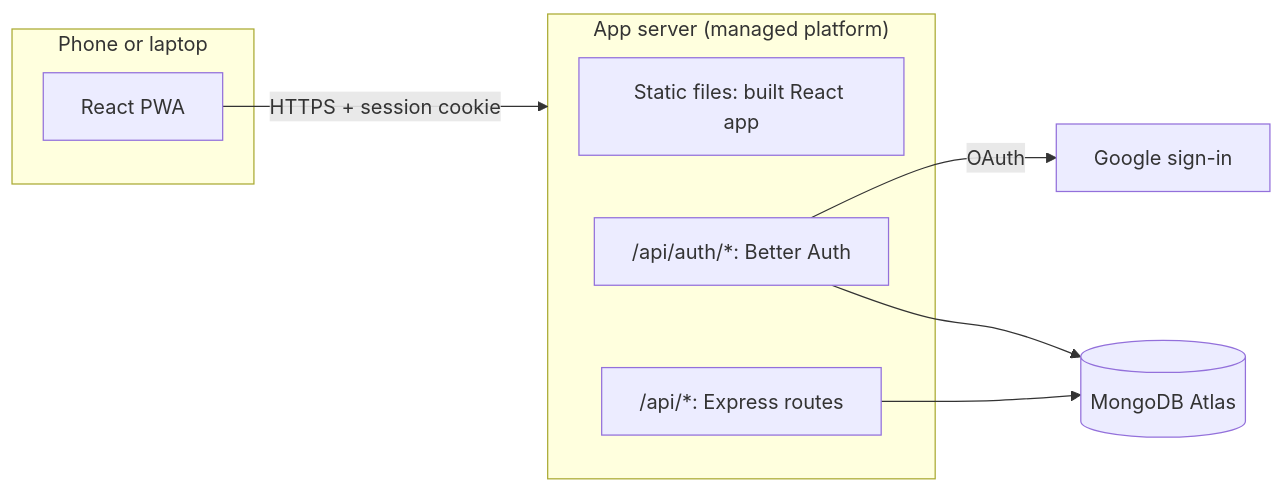
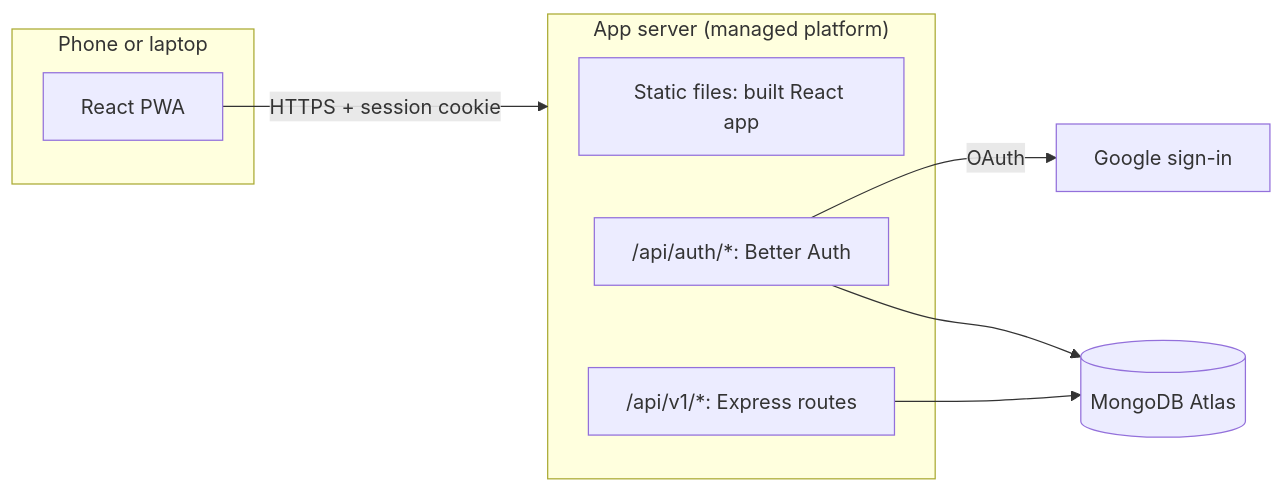
Before and after one commit to fasluolassery/money-manager: the first of 4 diagrams in DESIGN.md, drawn with Mermaid. The commit also changed other lines of this file and 10 other files, not shown here.

````diff
--- a/DESIGN.md
+++ b/DESIGN.md
@@ -54,18 +223,18 @@
 ```mermaid
 flowchart LR
     subgraph Device["Phone or laptop"]
         PWA["React PWA"]
     end
     subgraph Server["App server (managed platform)"]
         Static["Static files: built React app"]
         Auth["/api/auth/*: Better Auth"]
-        API["/api/*: Express routes"]
+        API["/api/v1/*: Express routes"]
     end
     Google["Google sign-in"]
     DB[("MongoDB Atlas")]
 
     PWA -- "HTTPS + session cookie" --> Server
     Auth -- "OAuth" --> Google
     Auth --> DB
     API --> DB
 ```
````
